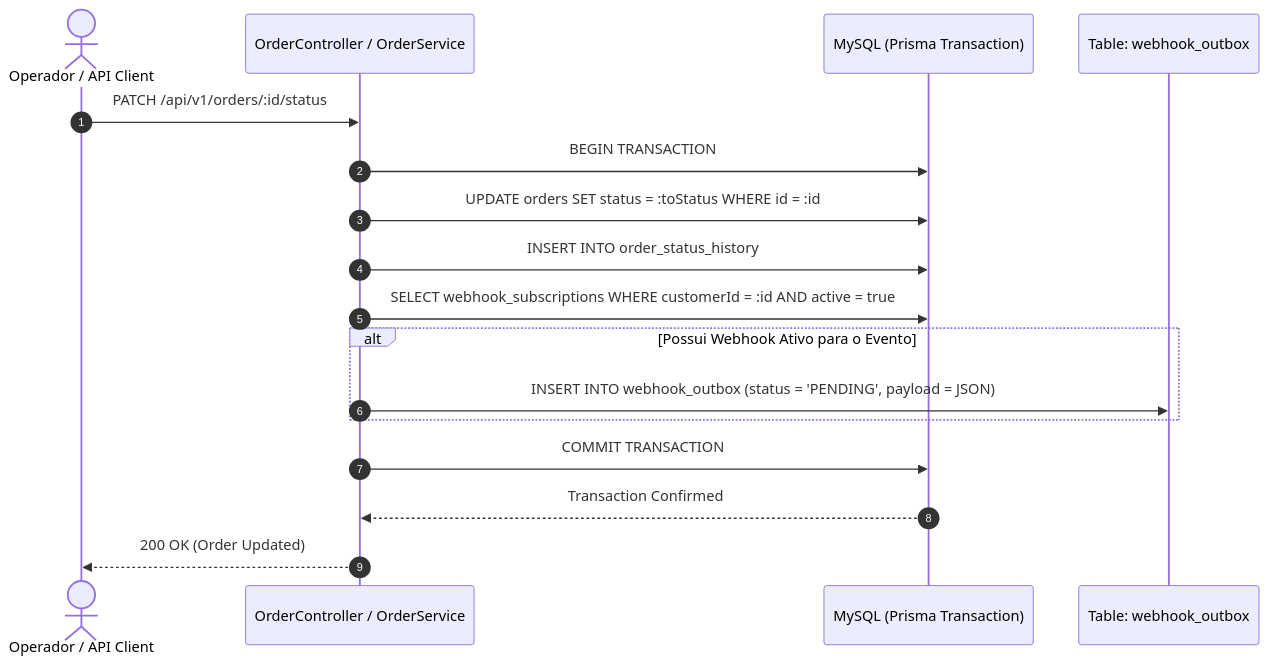
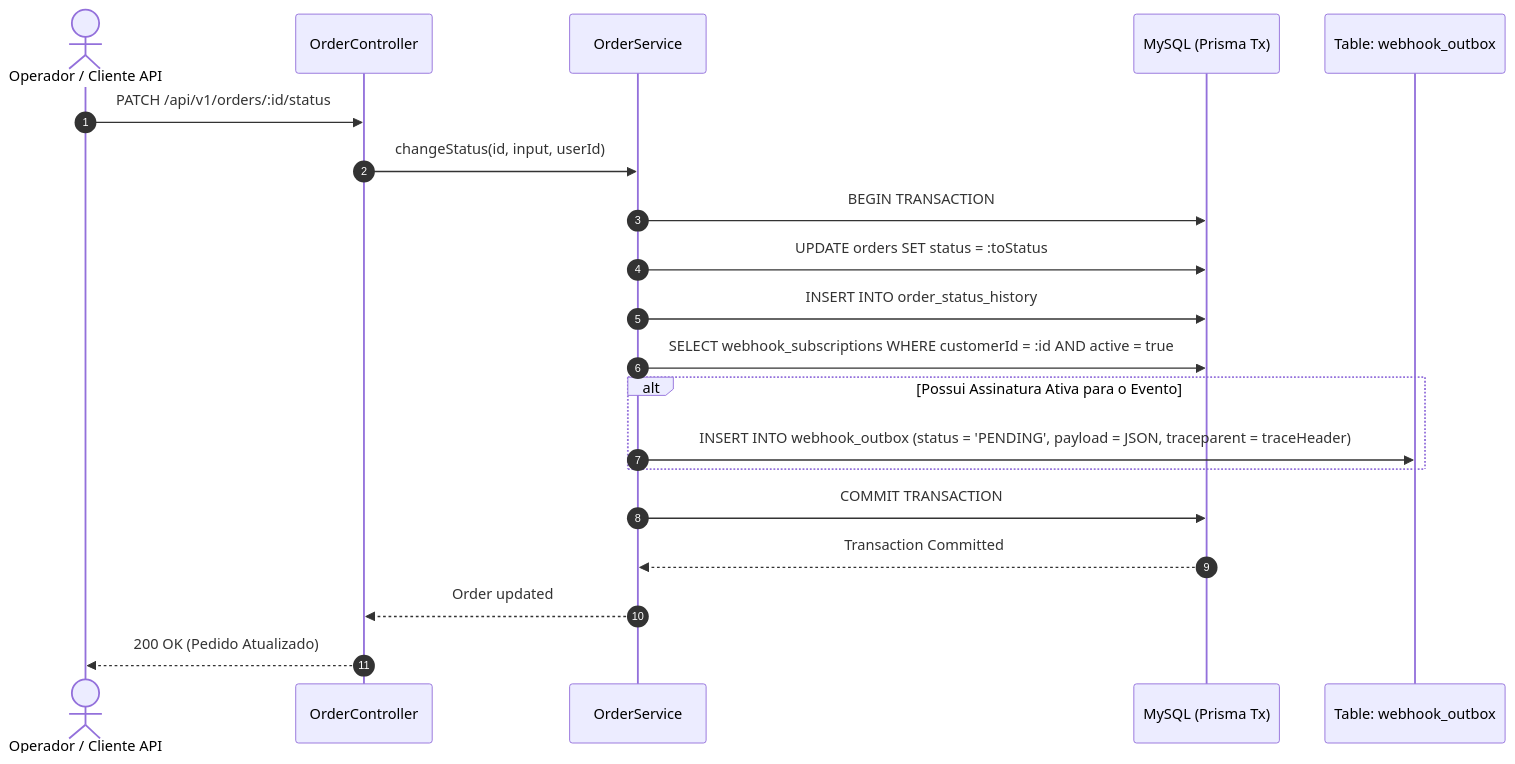
Before and after one commit to Mariana-S-Sanches/mba-design-docs: the first of 3 diagrams in docs/FDD.md, drawn with Mermaid. The commit also changed other lines of this file and 1 other file, not shown here.

````diff
--- a/docs/FDD.md
+++ b/docs/FDD.md
@@ -263,20 +228,23 @@
 ```mermaid
 sequenceDiagram
     autonumber
-    actor Operator as Operador / API Client
-    participant API as OrderController / OrderService
-    participant DB as MySQL (Prisma Transaction)
+    actor Client as Operador / Cliente API
+    participant Controller as OrderController
+    participant Service as OrderService
+    participant DB as MySQL (Prisma Tx)
     participant Outbox as Table: webhook_outbox
 
-    Operator->>API: PATCH /api/v1/orders/:id/status
-    API->>DB: BEGIN TRANSACTION
-    API->>DB: UPDATE orders SET status = :toStatus WHERE id = :id
-    API->>DB: INSERT INTO order_status_history
-    API->>DB: SELECT webhook_subscriptions WHERE customerId = :id AND active = true
-    alt Possui Webhook Ativo para o Evento
-        API->>Outbox: INSERT INTO webhook_outbox (status = 'PENDING', payload = JSON)
+    Client->>Controller: PATCH /api/v1/orders/:id/status
+    Controller->>Service: changeStatus(id, input, userId)
+    Service->>DB: BEGIN TRANSACTION
+    Service->>DB: UPDATE orders SET status = :toStatus
+    Service->>DB: INSERT INTO order_status_history
+    Service->>DB: SELECT webhook_subscriptions WHERE customerId = :id AND active = true
+    alt Possui Assinatura Ativa para o Evento
+        Service->>Outbox: INSERT INTO webhook_outbox (status = 'PENDING', payload = JSON, traceparent = traceHeader)
     end
-    API->>DB: COMMIT TRANSACTION
-    DB-->>API: Transaction Confirmed
-    API-->>Operator: 200 OK (Order Updated)
+    Service->>DB: COMMIT TRANSACTION
+    DB-->>Service: Transaction Committed
+    Service-->>Controller: Order updated
+    Controller-->>Client: 200 OK (Pedido Atualizado)
 ```
````
